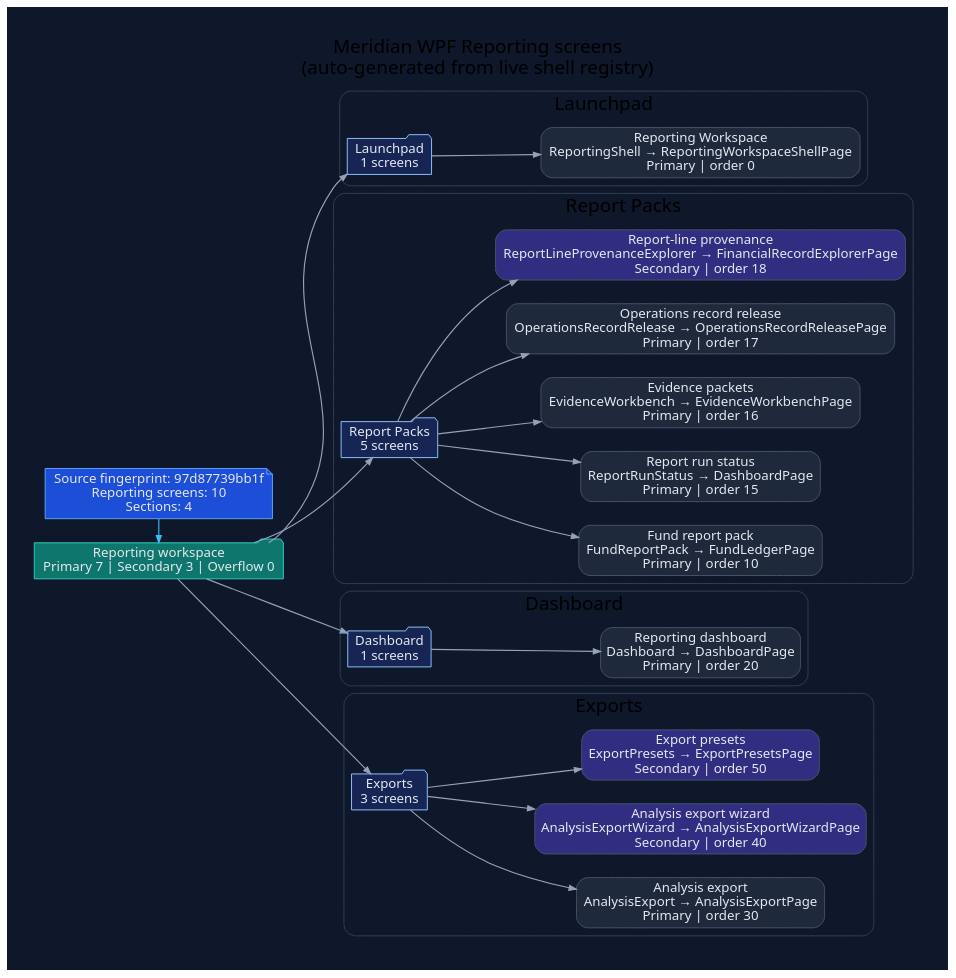
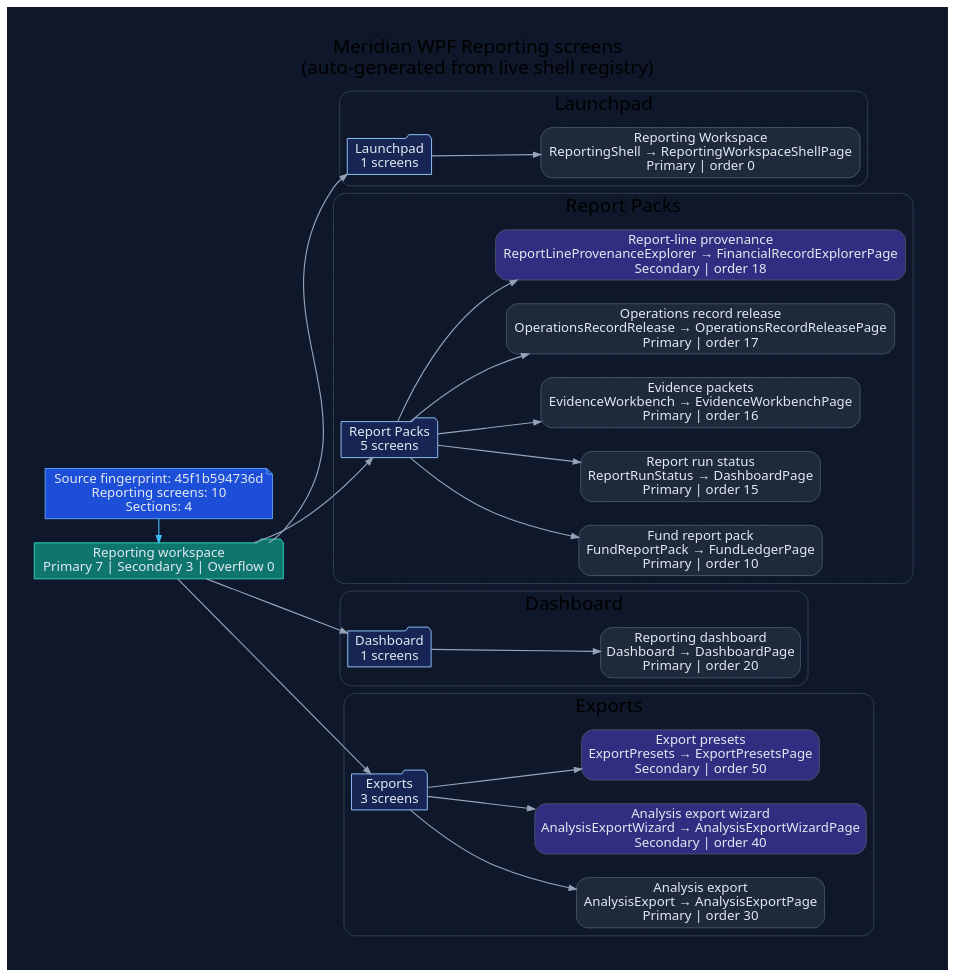
Before and after one commit to rodoHasArrived/Meridian-main: the diagram in docs/diagrams/ui/ui-wpf-screens-reporting.dot, drawn with Graphviz. The commit also changed 43 other files, not shown here.

First line of the commit message:
docs(diagrams): regenerate for the WPF source fingerprint

```diff
--- a/docs/diagrams/ui/ui-wpf-screens-reporting.dot
+++ b/docs/diagrams/ui/ui-wpf-screens-reporting.dot
@@ -1,78 +1,78 @@
 // -----------------------------------------------------------------------------
 // <auto-generated>
 // Generated by scripts/generate-diagrams.mjs.
 // Do not edit this file directly; update the WPF source files instead.
 // -----------------------------------------------------------------------------
 digraph WpfReportingScreens {
   graph [
     rankdir=LR,
     labelloc=t,
     label="Meridian WPF Reporting screens\n(auto-generated from live shell registry)",
     fontname="Segoe UI",
     fontsize=20,
     pad=0.4,
     nodesep=0.35,
     ranksep=0.85,
     bgcolor="#0f172a"
   ];
   node [fontname="Segoe UI", shape=box, style="rounded,filled", color="#475569", fontcolor="#e2e8f0", fillcolor="#1e293b"];
   edge [fontname="Segoe UI", color="#94a3b8", penwidth=1.2, arrowsize=0.75];
 
-  generated [shape=note, fillcolor="#1d4ed8", color="#60a5fa", label="Source fingerprint: 97d87739bb1f\nReporting screens: 10\nSections: 4"];
+  generated [shape=note, fillcolor="#1d4ed8", color="#60a5fa", label="Source fingerprint: 45f1b594736d\nReporting screens: 10\nSections: 4"];
   workspace [shape=folder, fillcolor="#0f766e", color="#2dd4bf", label="Reporting workspace\nPrimary 7 | Secondary 3 | Overflow 0"];
   generated -> workspace [color="#38bdf8"];
 
   subgraph cluster_section_1 {
     label="Launchpad";
     color="#334155";
     style="rounded";
     section_1 [shape=folder, fillcolor="#172554", color="#93c5fd", label="Launchpad\n1 screens"];
     workspace -> section_1;
     screen_ReportingShell [fillcolor="#1e293b", label="Reporting Workspace\nReportingShell → ReportingWorkspaceShellPage\nPrimary | order 0"];
     section_1 -> screen_ReportingShell;
   }
 
   subgraph cluster_section_2 {
     label="Report Packs";
     color="#334155";
     style="rounded";
     section_2 [shape=folder, fillcolor="#172554", color="#93c5fd", label="Report Packs\n5 screens"];
     workspace -> section_2;
     screen_FundReportPack [fillcolor="#1e293b", label="Fund report pack\nFundReportPack → FundLedgerPage\nPrimary | order 10"];
     section_2 -> screen_FundReportPack;
     screen_ReportRunStatus [fillcolor="#1e293b", label="Report run status\nReportRunStatus → DashboardPage\nPrimary | order 15"];
     section_2 -> screen_ReportRunStatus;
     screen_EvidenceWorkbench [fillcolor="#1e293b", label="Evidence packets\nEvidenceWorkbench → EvidenceWorkbenchPage\nPrimary | order 16"];
     section_2 -> screen_EvidenceWorkbench;
     screen_OperationsRecordRelease [fillcolor="#1e293b", label="Operations record release\nOperationsRecordRelease → OperationsRecordReleasePage\nPrimary | order 17"];
     section_2 -> screen_OperationsRecordRelease;
     screen_ReportLineProvenanceExplorer [fillcolor="#312e81", label="Report-line provenance\nReportLineProvenanceExplorer → FinancialRecordExplorerPage\nSecondary | order 18"];
     section_2 -> screen_ReportLineProvenanceExplorer;
   }
 
   subgraph cluster_section_3 {
     label="Dashboard";
     color="#334155";
     style="rounded";
     section_3 [shape=folder, fillcolor="#172554", color="#93c5fd", label="Dashboard\n1 screens"];
     workspace -> section_3;
     screen_Dashboard [fillcolor="#1e293b", label="Reporting dashboard\nDashboard → DashboardPage\nPrimary | order 20"];
     section_3 -> screen_Dashboard;
   }
 
   subgraph cluster_section_4 {
     label="Exports";
     color="#334155";
     style="rounded";
     section_4 [shape=folder, fillcolor="#172554", color="#93c5fd", label="Exports\n3 screens"];
     workspace -> section_4;
     screen_AnalysisExport [fillcolor="#1e293b", label="Analysis export\nAnalysisExport → AnalysisExportPage\nPrimary | order 30"];
     section_4 -> screen_AnalysisExport;
     screen_AnalysisExportWizard [fillcolor="#312e81", label="Analysis export wizard\nAnalysisExportWizard → AnalysisExportWizardPage\nSecondary | order 40"];
     section_4 -> screen_AnalysisExportWizard;
     screen_ExportPresets [fillcolor="#312e81", label="Export presets\nExportPresets → ExportPresetsPage\nSecondary | order 50"];
     section_4 -> screen_ExportPresets;
   }
 
   { rank=min; generated; workspace; }
 }
```
